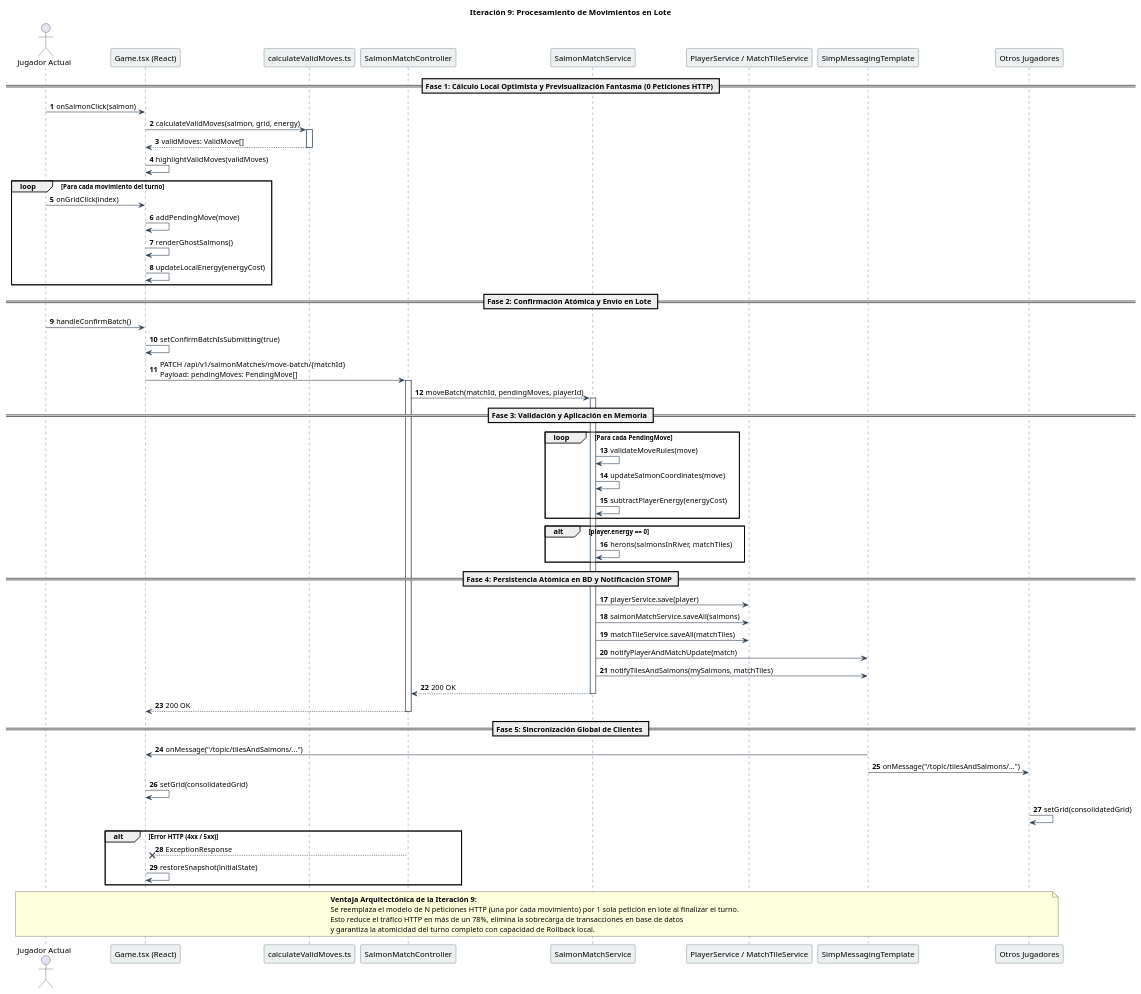
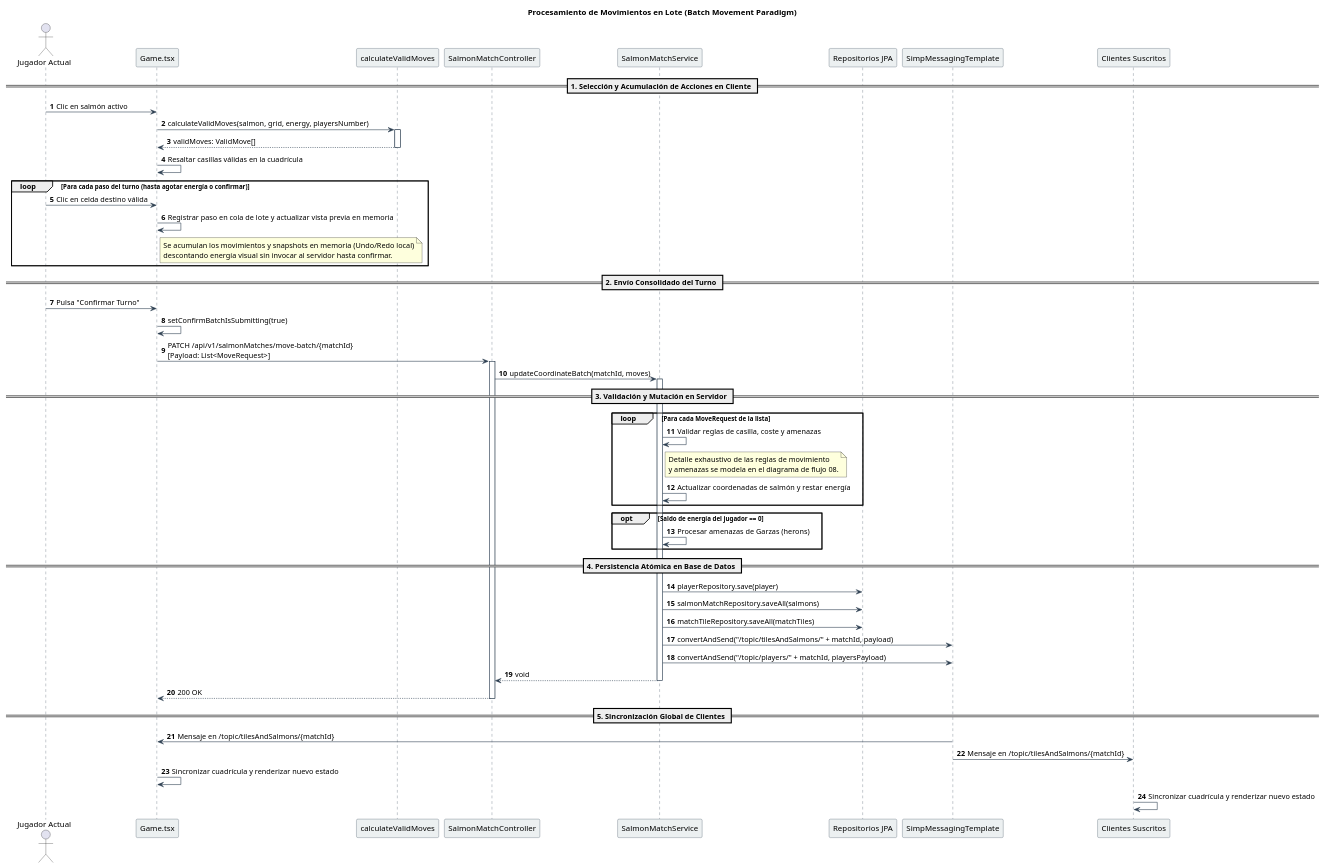
One commit to Ignacio0407/Upstream-Board-Game changed the diagram in docs/design-TFG/18_Secuencia_Procesamiento_Lote_Movimientos.puml. Above: the diagram before and after it, drawn with PlantUML. The commit also changed 97 other files, not shown here.

First line of the commit message:
docs: :memo: Improved existing diagrams, added seven more and changed their order

```diff
--- a/docs/design-TFG/18_Secuencia_Procesamiento_Lote_Movimientos.puml
+++ b/docs/design-TFG/18_Secuencia_Procesamiento_Lote_Movimientos.puml
@@ -1,95 +1,90 @@
 @startuml
 autonumber
 skinparam shadowing false
 skinparam sequence {
     ArrowColor #2C3E50
     LifeLineBorderColor #2C3E50
     ParticipantBorderColor #2C3E50
     ParticipantBackgroundColor #ECF0F1
 }
 
-title Iteración 9: Procesamiento de Movimientos en Lote
+title Procesamiento de Movimientos en Lote (Batch Movement Paradigm)
 
-actor "Jugador Actual" as U
-participant "Game.tsx (React)" as FE
-participant "calculateValidMoves.ts" as VM
-participant "SalmonMatchController" as SMC
-participant "SalmonMatchService" as SMS
-participant "PlayerService / MatchTileService" as DB
-participant "SimpMessagingTemplate" as STOMP
-participant "Otros Jugadores" as OFE
+actor "Jugador Actual" as Player
+participant "Game.tsx" as View
+participant "calculateValidMoves" as MoveCalculator
+participant "SalmonMatchController" as Controller
+participant "SalmonMatchService" as ServiceLayer
+participant "Repositorios JPA" as Repositories
+participant "SimpMessagingTemplate" as StompBroker
+participant "Clientes Suscritos" as RemoteClients
 
-== Fase 1: Cálculo Local Optimista y Previsualización Fantasma (0 Peticiones HTTP) ==
+== 1. Selección y Acumulación de Acciones en Cliente ==
 
-U -> FE: onSalmonClick(salmon)
-FE -> VM: calculateValidMoves(salmon, grid, energy)
-activate VM
-VM --> FE: validMoves: ValidMove[]
-deactivate VM
+Player -> View: Clic en salmón activo
+View -> MoveCalculator: calculateValidMoves(salmon, grid, energy, playersNumber)
+activate MoveCalculator
+MoveCalculator --> View: validMoves: ValidMove[]
+deactivate MoveCalculator
 
-FE -> FE: highlightValidMoves(validMoves)
+View -> View: Resaltar casillas válidas en la cuadrícula
 
-loop Para cada movimiento del turno
-    U -> FE: onGridClick(index)
-    FE -> FE: addPendingMove(move)
-    FE -> FE: renderGhostSalmons()
-    FE -> FE: updateLocalEnergy(energyCost)
+loop Para cada paso del turno (hasta agotar energía o confirmar)
+    Player -> View: Clic en celda destino válida
+    View -> View: Registrar paso en cola de lote y actualizar vista previa en memoria
+    note right of View
+      Se acumulan los movimientos y snapshots en memoria (Undo/Redo local)
+      descontando energía visual sin invocar al servidor hasta confirmar.
+    end note
 end
 
-== Fase 2: Confirmación Atómica y Envío en Lote ==
+== 2. Envío Consolidado del Turno ==
 
-U -> FE: handleConfirmBatch()
-FE -> FE: setConfirmBatchIsSubmitting(true)
-FE -> SMC: PATCH /api/v1/salmonMatches/move-batch/{matchId}\nPayload: pendingMoves: PendingMove[]
-activate SMC
+Player -> View: Pulsa "Confirmar Turno"
+View -> View: setConfirmBatchIsSubmitting(true)
 
-SMC -> SMS: moveBatch(matchId, pendingMoves, playerId)
-activate SMS
+View -> Controller: PATCH /api/v1/salmonMatches/move-batch/{matchId}\n[Payload: List<MoveRequest>]
+activate Controller
 
-== Fase 3: Validación y Aplicación en Memoria ==
+Controller -> ServiceLayer: updateCoordinateBatch(matchId, moves)
+activate ServiceLayer
 
-loop Para cada PendingMove
-    SMS -> SMS: validateMoveRules(move)
-    SMS -> SMS: updateSalmonCoordinates(move)
-    SMS -> SMS: subtractPlayerEnergy(energyCost)
+== 3. Validación y Mutación en Servidor ==
+
+loop Para cada MoveRequest de la lista
+    ServiceLayer -> ServiceLayer: Validar reglas de casilla, coste y amenazas
+    note right of ServiceLayer
+      Detalle exhaustivo de las reglas de movimiento
+      y amenazas se modela en el diagrama de flujo 08.
+    end note
+    ServiceLayer -> ServiceLayer: Actualizar coordenadas de salmón y restar energía
 end
 
-alt player.energy == 0
-    SMS -> SMS: herons(salmonsInRiver, matchTiles)
+opt Saldo de energía del jugador == 0
+    ServiceLayer -> ServiceLayer: Procesar amenazas de Garzas (herons)
 end
 
-== Fase 4: Persistencia Atómica en BD y Notificación STOMP ==
+== 4. Persistencia Atómica en Base de Datos ==
 
-SMS -> DB: playerService.save(player)
-SMS -> DB: salmonMatchService.saveAll(salmons)
-SMS -> DB: matchTileService.saveAll(matchTiles)
+ServiceLayer -> Repositories: playerRepository.save(player)
+ServiceLayer -> Repositories: salmonMatchRepository.saveAll(salmons)
+ServiceLayer -> Repositories: matchTileRepository.saveAll(matchTiles)
 
-SMS -> STOMP: notifyPlayerAndMatchUpdate(match)
-SMS -> STOMP: notifyTilesAndSalmons(mySalmons, matchTiles)
+ServiceLayer -> StompBroker: convertAndSend("/topic/tilesAndSalmons/" + matchId, payload)
+ServiceLayer -> StompBroker: convertAndSend("/topic/players/" + matchId, playersPayload)
 
-SMS --> SMC: 200 OK
-deactivate SMS
-SMC --> FE: 200 OK
-deactivate SMC
+ServiceLayer --> Controller: void
+deactivate ServiceLayer
 
-== Fase 5: Sincronización Global de Clientes ==
+Controller --> View: 200 OK
+deactivate Controller
 
-STOMP -> FE: onMessage("/topic/tilesAndSalmons/...")
-STOMP -> OFE: onMessage("/topic/tilesAndSalmons/...")
+== 5. Sincronización Global de Clientes ==
 
-FE -> FE: setGrid(consolidatedGrid)
-OFE -> OFE: setGrid(consolidatedGrid)
+StompBroker -> View: Mensaje en /topic/tilesAndSalmons/{matchId}
+StompBroker -> RemoteClients: Mensaje en /topic/tilesAndSalmons/{matchId}
 
-alt Error HTTP (4xx / 5xx)
-    SMC --X FE: ExceptionResponse
-    FE -> FE: restoreSnapshot(initialState)
-end
-
-note over U, OFE
-  **Ventaja Arquitectónica de la Iteración 9:**
-  Se reemplaza el modelo de N peticiones HTTP (una por cada movimiento) por 1 sola petición en lote al finalizar el turno.
-  Esto reduce el tráfico HTTP en más de un 78%, elimina la sobrecarga de transacciones en base de datos
-  y garantiza la atomicidad del turno completo con capacidad de Rollback local.
-end note
+View -> View: Sincronizar cuadrícula y renderizar nuevo estado
+RemoteClients -> RemoteClients: Sincronizar cuadrícula y renderizar nuevo estado
 
 @enduml
```
